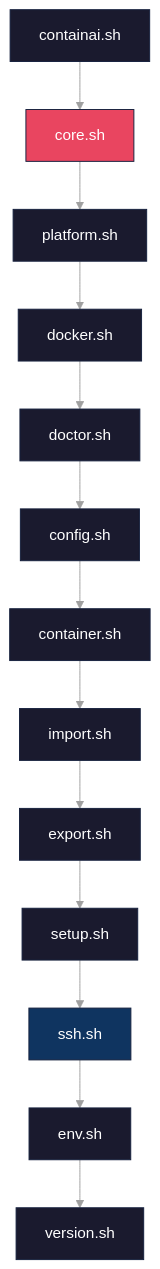
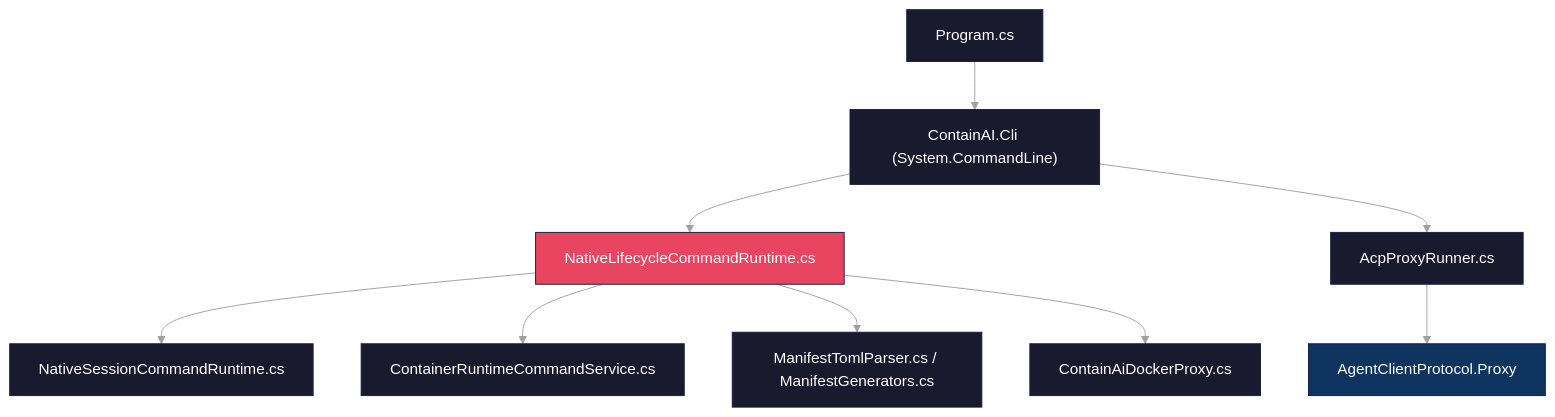
One commit to novotnyllc/ContainAI changed the eighth of 11 diagrams in docs/architecture.md. Above: the diagram before and after it, drawn with Mermaid. The commit also changed other lines of this file and 3 other files, not shown here.

Commit message:
docs: align reference and architecture with native static CLI

````diff
--- a/docs/architecture.md
+++ b/docs/architecture.md
@@ -526,29 +531,25 @@
 ```mermaid
 %%{init: {'theme': 'base', 'themeVariables': {
   'primaryColor': '#1a1a2e',
   'primaryTextColor': '#ffffff',
   'primaryBorderColor': '#16213e',
   'secondaryColor': '#0f3460',
   'tertiaryColor': '#1a1a2e',
   'lineColor': '#a0a0a0',
   'textColor': '#ffffff',
   'background': '#0d1117'
 }}}%%
 flowchart TD
-    Main["containai.sh"] --> Core["core.sh"]
-    Core --> Platform["platform.sh"]
-    Platform --> Docker["docker.sh"]
-    Docker --> Doctor["doctor.sh"]
-    Doctor --> Config["config.sh"]
-    Config --> Container["container.sh"]
-    Container --> Import["import.sh"]
-    Import --> Export["export.sh"]
-    Export --> Setup["setup.sh"]
-    Setup --> SSH["ssh.sh"]
-    SSH --> Env["env.sh"]
-    Env --> Version["version.sh"]
+    Main["Program.cs"] --> Cli["ContainAI.Cli (System.CommandLine)"]
+    Cli --> Runtime["NativeLifecycleCommandRuntime.cs"]
+    Runtime --> Session["NativeSessionCommandRuntime.cs"]
+    Runtime --> Container["ContainerRuntimeCommandService.cs"]
+    Runtime --> Manifest["ManifestTomlParser.cs / ManifestGenerators.cs"]
+    Runtime --> DockerProxy["ContainAiDockerProxy.cs"]
+    Cli --> AcpRunner["AcpProxyRunner.cs"]
+    AcpRunner --> AcpLib["AgentClientProtocol.Proxy"]
 
     style Main fill:#1a1a2e,stroke:#16213e,color:#fff
-    style Core fill:#e94560,stroke:#16213e,color:#fff
-    style SSH fill:#0f3460,stroke:#16213e,color:#fff
+    style Runtime fill:#e94560,stroke:#16213e,color:#fff
+    style AcpLib fill:#0f3460,stroke:#16213e,color:#fff
 ```
````
